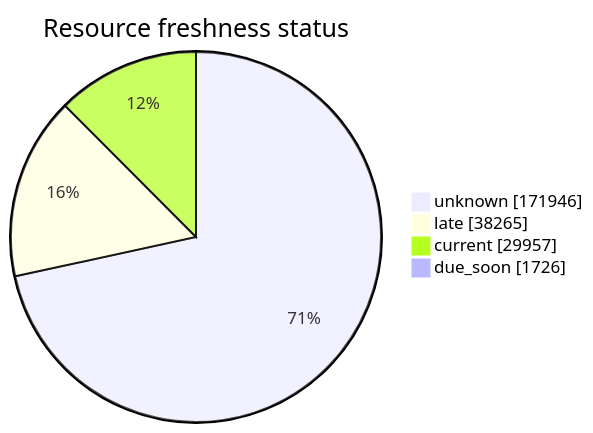
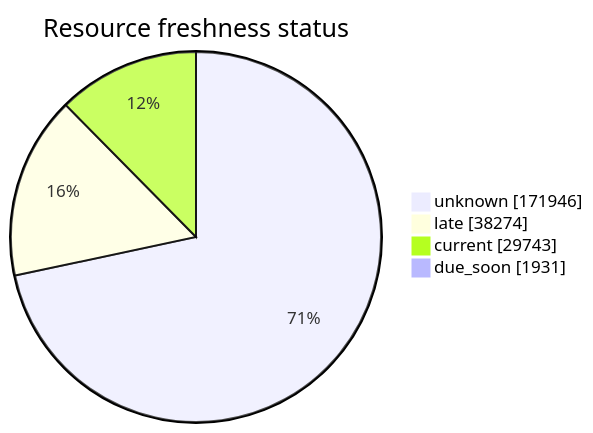
One commit to open-data/analytics-corporate-reporting changed the third of 5 diagrams in FreshCheck/README.md. Above: the diagram before and after it, drawn with Mermaid. The commit also changed other lines of this file and 3 other files, not shown here.

````diff
--- a/FreshCheck/README.md
+++ b/FreshCheck/README.md
@@ -77,7 +77,7 @@
 ```mermaid
 pie showData title Resource freshness status
     "unknown": 171946
-    "late": 38265
-    "current": 29957
-    "due_soon": 1726
+    "late": 38274
+    "current": 29743
+    "due_soon": 1931
 ```
````
